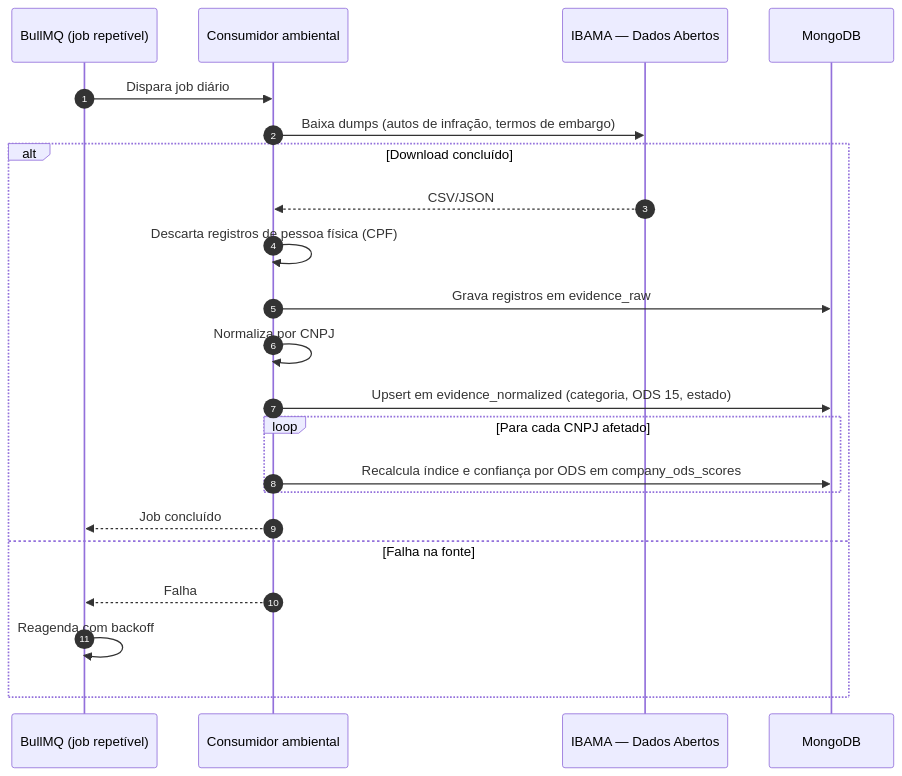
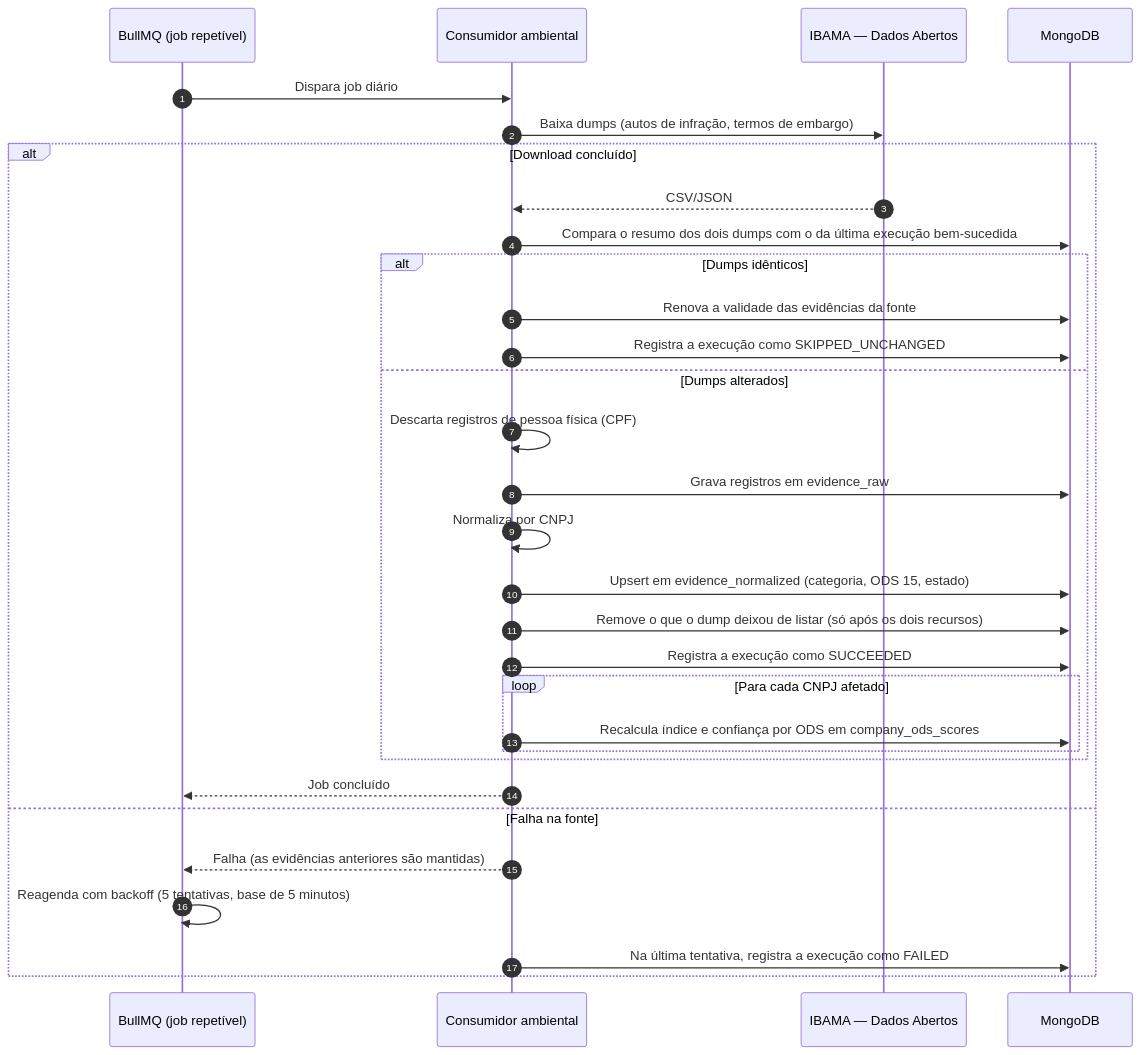
Before and after one commit to odavibatista/bios-docs: the fourth of 6 diagrams in 08-Artefatos-de-Análise.md, drawn with Mermaid. The commit also changed other lines of this file and 1 other file, not shown here.

Commit message:
chore(docs): registra o job diario de ingestao do IBAMA no UC14

````diff
--- a/08-Artefatos-de-Análise.md
+++ b/08-Artefatos-de-Análise.md
@@ -979,25 +984,34 @@
 ```mermaid
 sequenceDiagram
     autonumber
     participant Q as BullMQ (job repetível)
     participant AMB as Consumidor ambiental
     participant IB as IBAMA — Dados Abertos
     participant DB as MongoDB
 
     Q->>AMB: Dispara job diário
     AMB->>IB: Baixa dumps (autos de infração, termos de embargo)
     alt Download concluído
         IB-->>AMB: CSV/JSON
-        AMB->>AMB: Descarta registros de pessoa física (CPF)
-        AMB->>DB: Grava registros em evidence_raw
-        AMB->>AMB: Normaliza por CNPJ
-        AMB->>DB: Upsert em evidence_normalized (categoria, ODS 15, estado)
-        loop Para cada CNPJ afetado
-            AMB->>DB: Recalcula índice e confiança por ODS em company_ods_scores
+        AMB->>DB: Compara o resumo dos dois dumps com o da última execução bem-sucedida
+        alt Dumps idênticos
+            AMB->>DB: Renova a validade das evidências da fonte
+            AMB->>DB: Registra a execução como SKIPPED_UNCHANGED
+        else Dumps alterados
+            AMB->>AMB: Descarta registros de pessoa física (CPF)
+            AMB->>DB: Grava registros em evidence_raw
+            AMB->>AMB: Normaliza por CNPJ
+            AMB->>DB: Upsert em evidence_normalized (categoria, ODS 15, estado)
+            AMB->>DB: Remove o que o dump deixou de listar (só após os dois recursos)
+            AMB->>DB: Registra a execução como SUCCEEDED
+            loop Para cada CNPJ afetado
+                AMB->>DB: Recalcula índice e confiança por ODS em company_ods_scores
+            end
         end
         AMB-->>Q: Job concluído
     else Falha na fonte
-        AMB-->>Q: Falha
-        Q->>Q: Reagenda com backoff
+        AMB-->>Q: Falha (as evidências anteriores são mantidas)
+        Q->>Q: Reagenda com backoff (5 tentativas, base de 5 minutos)
+        AMB->>DB: Na última tentativa, registra a execução como FAILED
     end
 ```
````
